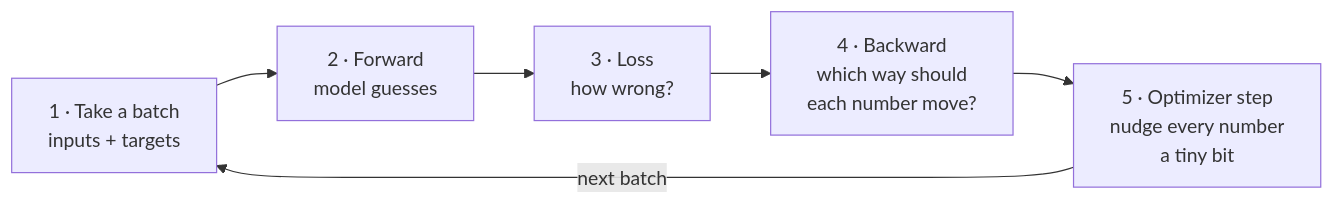
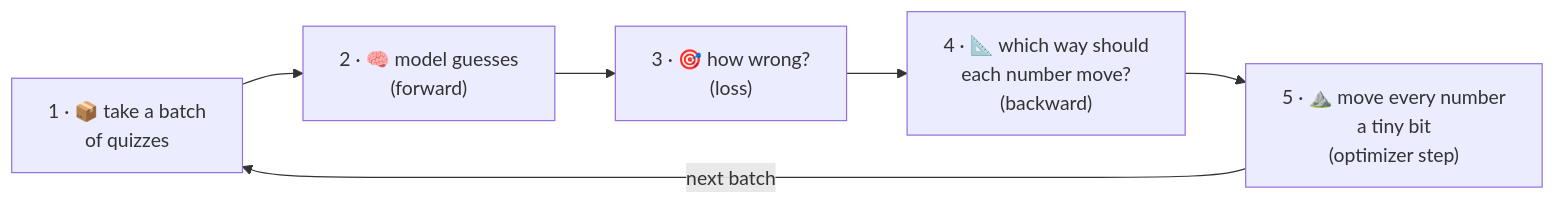
Before and after one commit to Ranjeet0611/tinygpt: the second of 12 diagrams in docs/06-training.md, drawn with Mermaid. The commit also changed other lines of this file and 9 other files, not shown here.

````diff
--- a/docs/06-training.md
+++ b/docs/06-training.md
@@ -13,8 +26,8 @@
 ```mermaid
 flowchart LR
-    A["1 · Take a batch<br/>inputs + targets"] --> B["2 · Forward<br/>model guesses"]
-    B --> C["3 · Loss<br/>how wrong?"]
-    C --> D["4 · Backward<br/>which way should<br/>each number move?"]
-    D --> E["5 · Optimizer step<br/>nudge every number<br/>a tiny bit"]
+    A["1 · 📦 take a batch<br/>of quizzes"] --> B["2 · 🧠 model guesses<br/>(forward)"]
+    B --> C["3 · 🎯 how wrong?<br/>(loss)"]
+    C --> D["4 · 📐 which way should<br/>each number move?<br/>(backward)"]
+    D --> E["5 · ⛰️ move every number<br/>a tiny bit<br/>(optimizer step)"]
     E -->|"next batch"| A
 ```
````
